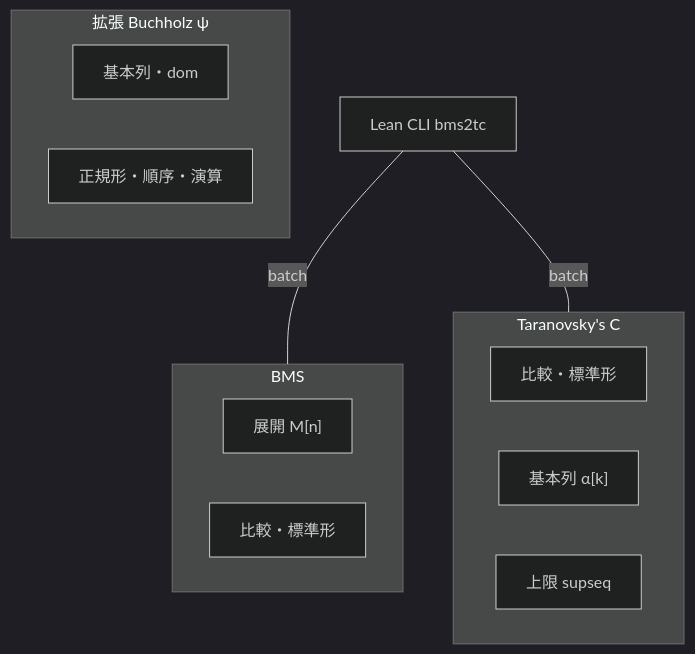
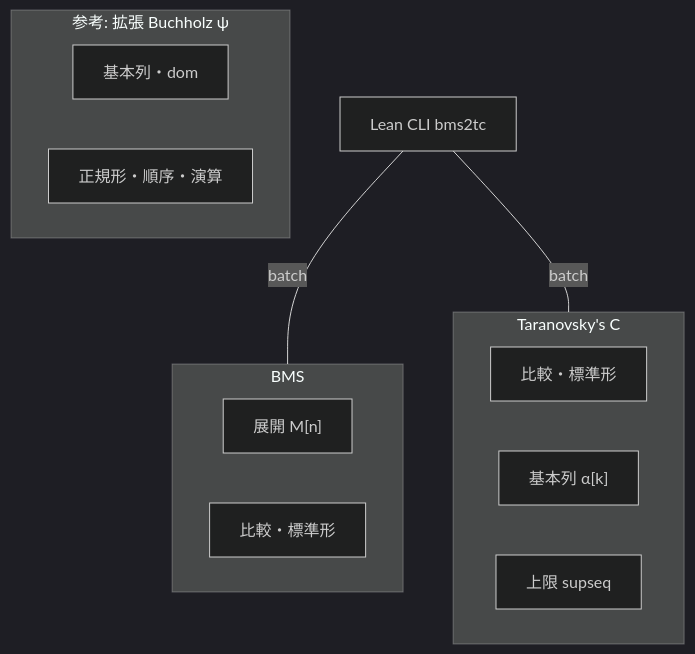
Before and after one commit to koteitan/bms-vs-taranovskys-c: the second of 4 diagrams in tools/README.md, drawn with Mermaid (dark theme). The commit also changed other lines of this file and 5 other files, not shown here.

````diff
--- a/tools/README.md
+++ b/tools/README.md
@@ -62,19 +124,19 @@
 ```mermaid
 flowchart TB
   subgraph BMSops["BMS"]
     bexp["展開 M[n]"]
     bcmp["比較・標準形"]
   end
   subgraph TCops["Taranovsky's C"]
     tcmp["比較・標準形"]
     texp["基本列 α[k]"]
     tsup["上限 supseq"]
   end
-  subgraph EBPops["拡張 Buchholz ψ"]
+  subgraph EBPops["参考: 拡張 Buchholz ψ"]
     efs["基本列・dom"]
     ear["正規形・順序・演算"]
   end
   CLI["Lean CLI bms2tc"]
   CLI ---|"batch"| BMSops
   CLI ---|"batch"| TCops
 ```
````
